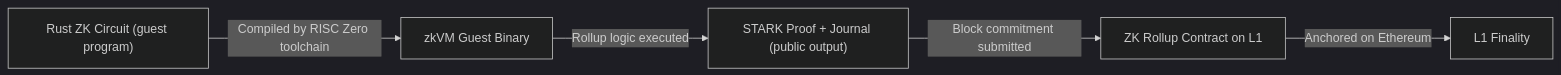
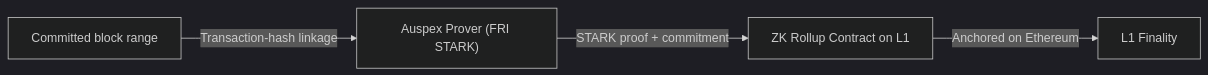
Before and after one commit to JupiterMetaLabs/docs: the diagram in versioned_docs/version-2.0/zk.md, drawn with Mermaid (dark theme). The commit also changed other lines of this file and 99 other files, not shown here.

````diff
--- a/versioned_docs/version-2.0/zk.md
+++ b/versioned_docs/version-2.0/zk.md
@@ -54,7 +41,6 @@
 ```mermaid
 graph LR
-    A["Rust ZK Circuit (guest program)"] -->|"Compiled by RISC Zero toolchain"| B["zkVM Guest Binary"]
-    B -->|"Rollup logic executed"| C["STARK Proof + Journal (public output)"]
-    C -->|"Block commitment submitted"| D["ZK Rollup Contract on L1"]
-    D -->|"Anchored on Ethereum"| E["L1 Finality"]
+    A["Committed block range"] -->|"Transaction-hash linkage"| B["Auspex Prover (FRI STARK)"]
+    B -->|"STARK proof + commitment"| C["ZK Rollup Contract on L1"]
+    C -->|"Anchored on Ethereum"| D["L1 Finality"]
 ```
````
